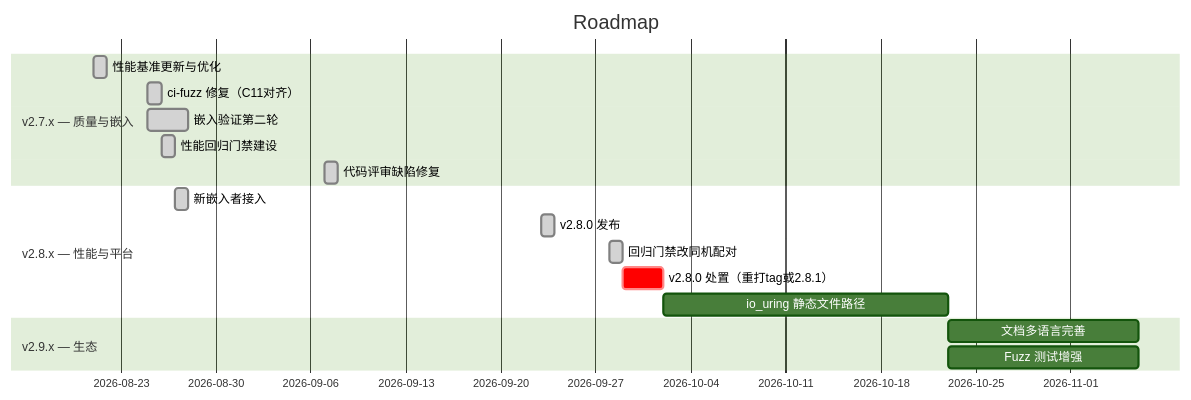
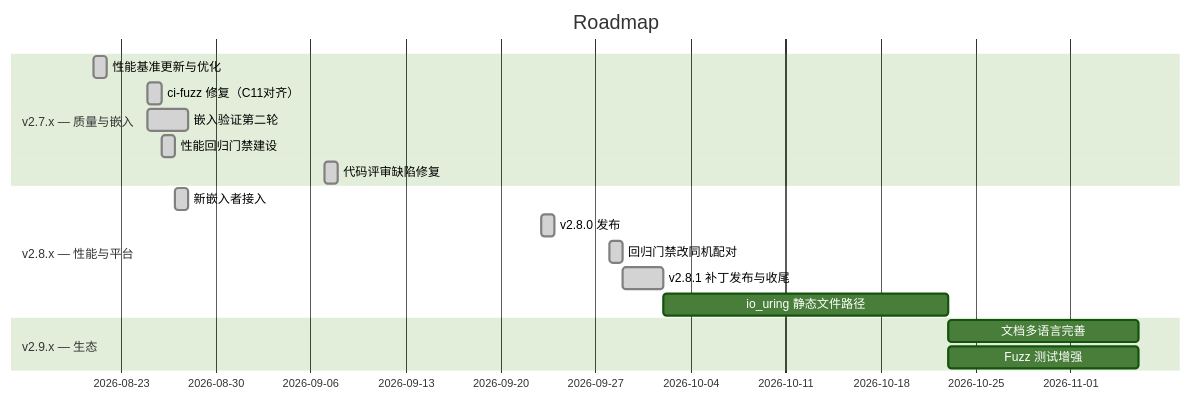
Before and after one commit to adam-ikari/uvhttp: the diagram in brain/roadmap.md, drawn with Mermaid (forest theme). The commit also changed other lines of this file and 2 other files, not shown here.

First line of the commit message:
docs(brain): roadmap 同步 v2.8.1 发布闭环与遗留清零 (#397)

````diff
--- a/brain/roadmap.md
+++ b/brain/roadmap.md
@@ -12,20 +21,20 @@
 ```mermaid
 gantt
   title Roadmap
   dateFormat YYYY-MM-DD
   section v2.7.x — 质量与嵌入
   性能基准更新与优化        :done, b1, 2026-08-21, 1d
   ci-fuzz 修复（C11对齐）  :done, b1b, 2026-08-25, 1d
   嵌入验证第二轮            :done, a3, 2026-08-25, 3d
   性能回归门禁建设          :done, b0, 2026-08-26, 1d
   代码评审缺陷修复          :done, b5, 2026-09-07, 1d
   section v2.8.x — 性能与平台
   新嵌入者接入              :done, a4, 2026-08-27, 1d
   v2.8.0 发布               :done, b6, 2026-09-23, 1d
   回归门禁改同机配对        :done, b7, 2026-09-28, 1d
-  v2.8.0 处置（重打tag或2.8.1）:crit, b8, 2026-09-29, 3d
+  v2.8.1 补丁发布与收尾     :done, b8, 2026-09-29, 3d
   io_uring 静态文件路径     :b2, after b8, 21d
   section v2.9.x — 生态
   文档多语言完善            :c1, after b2, 14d
   Fuzz 测试增强            :c4, after b2, 14d
 ```
````
